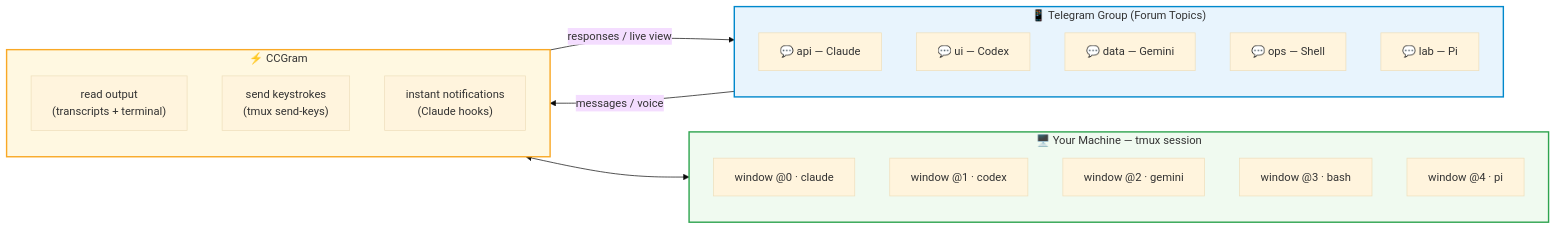
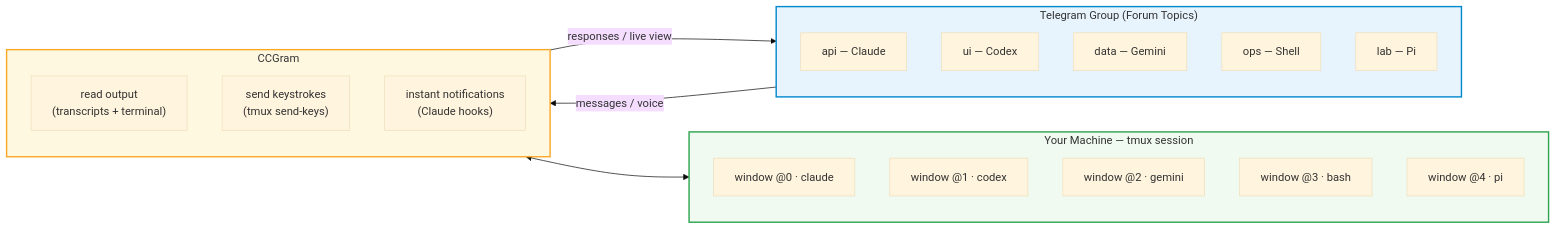
The first of 3 diagrams in README.md (legale/ccgram), drawn with Mermaid (base theme) before and after one commit. The commit also changed other lines of this file and 79 other files, not shown here.

````diff
--- a/README.md
+++ b/README.md
@@ -31,35 +31,35 @@
 ```mermaid
 graph LR
-  subgraph phone["📱 Telegram Group (Forum Topics)"]
+  subgraph phone["Telegram Group (Forum Topics)"]
     direction TB
-    T1["💬 api — Claude"]
-    T2["💬 ui — Codex"]
-    T3["💬 data — Gemini"]
-    T4["💬 ops — Shell"]
-    T5["💬 lab — Pi"]
+    T1["api — Claude"]
+    T2["ui — Codex"]
+    T3["data — Gemini"]
+    T4["ops — Shell"]
+    T5["lab — Pi"]
   end
 
-  subgraph bridge["⚡ CCGram"]
+  subgraph bridge["CCGram"]
     direction TB
     B1["read output\n(transcripts + terminal)"]
     B2["send keystrokes\n(tmux send-keys)"]
     B3["instant notifications\n(Claude hooks)"]
   end
 
-  subgraph machine["🖥️ Your Machine — tmux session"]
+  subgraph machine["Your Machine — tmux session"]
     direction TB
     W1["window @0 · claude"]
     W2["window @1 · codex"]
     W3["window @2 · gemini"]
     W4["window @3 · bash"]
     W5["window @4 · pi"]
   end
 
   phone -- "messages / voice" --> bridge
   bridge -- "responses / live view" --> phone
   bridge <--> machine
 
   style phone fill:#e8f4fd,stroke:#0088cc,stroke-width:2px,color:#333
   style bridge fill:#fff8e1,stroke:#f9a825,stroke-width:2px,color:#333
   style machine fill:#f0faf0,stroke:#2ea44f,stroke-width:2px,color:#333
 ```
````
